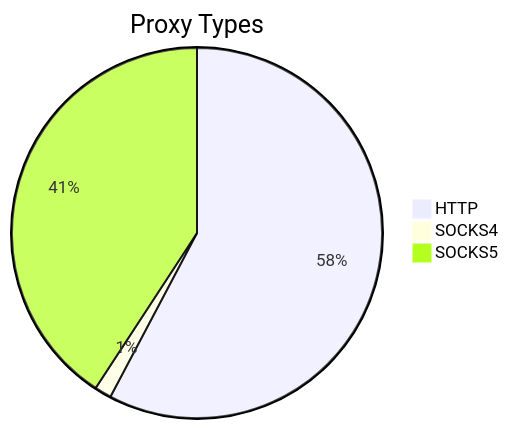
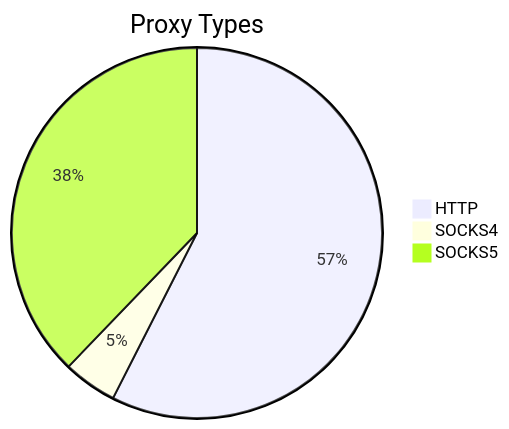
One commit to stormsia/proxy-list changed the first of 2 diagrams in README.md. Above: the diagram before and after it, drawn with Mermaid. The commit also changed other lines of this file, not shown here.

````diff
--- a/README.md
+++ b/README.md
@@ -21,6 +21,6 @@
 ```mermaid
 pie title Proxy Types
-    "HTTP" : 470
-    "SOCKS4" : 12
-    "SOCKS5" : 332
+    "HTTP" : 599
+    "SOCKS4" : 49
+    "SOCKS5" : 394
 ```
````
